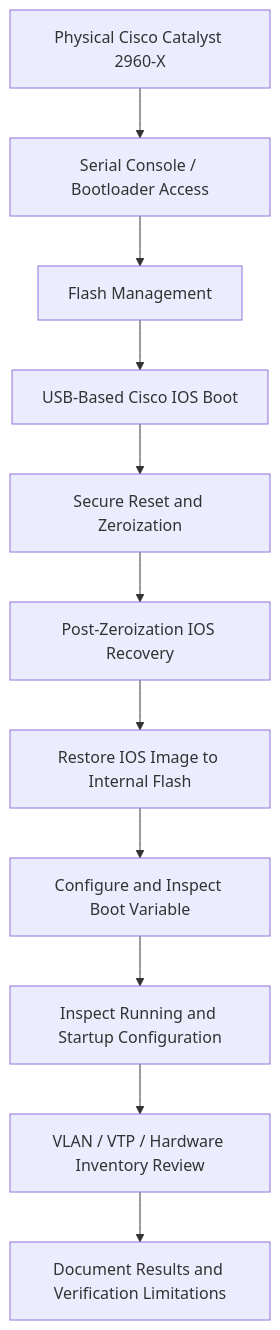
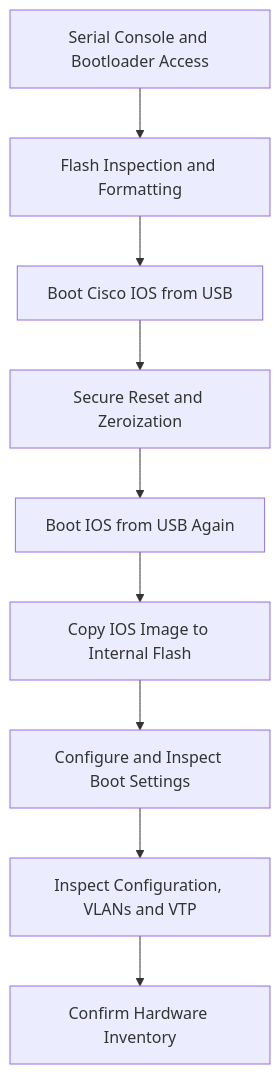
One commit to Programmer-stevenson/Cisco-Catalyst-2960X-Hands-On-Infrastructure-Project changed the diagram in README.md. Above: the diagram before and after it, drawn with Mermaid. The commit also changed other lines of this file, not shown here.

````diff
--- a/README.md
+++ b/README.md
@@ -179,13 +103,11 @@
 ```mermaid
 flowchart TD
-    A["Physical Cisco Catalyst 2960-X"] --> B["Serial Console / Bootloader Access"]
-    B --> C["Flash Management"]
-    C --> D["USB-Based Cisco IOS Boot"]
-    D --> E["Secure Reset and Zeroization"]
-    E --> F["Post-Zeroization IOS Recovery"]
-    F --> G["Restore IOS Image to Internal Flash"]
-    G --> H["Configure and Inspect Boot Variable"]
-    H --> I["Inspect Running and Startup Configuration"]
-    I --> J["VLAN / VTP / Hardware Inventory Review"]
-    J --> K["Document Results and Verification Limitations"]
+    A[Serial Console and Bootloader Access] --> B[Flash Inspection and Formatting]
+    B --> C[Boot Cisco IOS from USB]
+    C --> D[Secure Reset and Zeroization]
+    D --> E[Boot IOS from USB Again]
+    E --> F[Copy IOS Image to Internal Flash]
+    F --> G[Configure and Inspect Boot Settings]
+    G --> H[Inspect Configuration, VLANs and VTP]
+    H --> I[Confirm Hardware Inventory]
 ```
````
